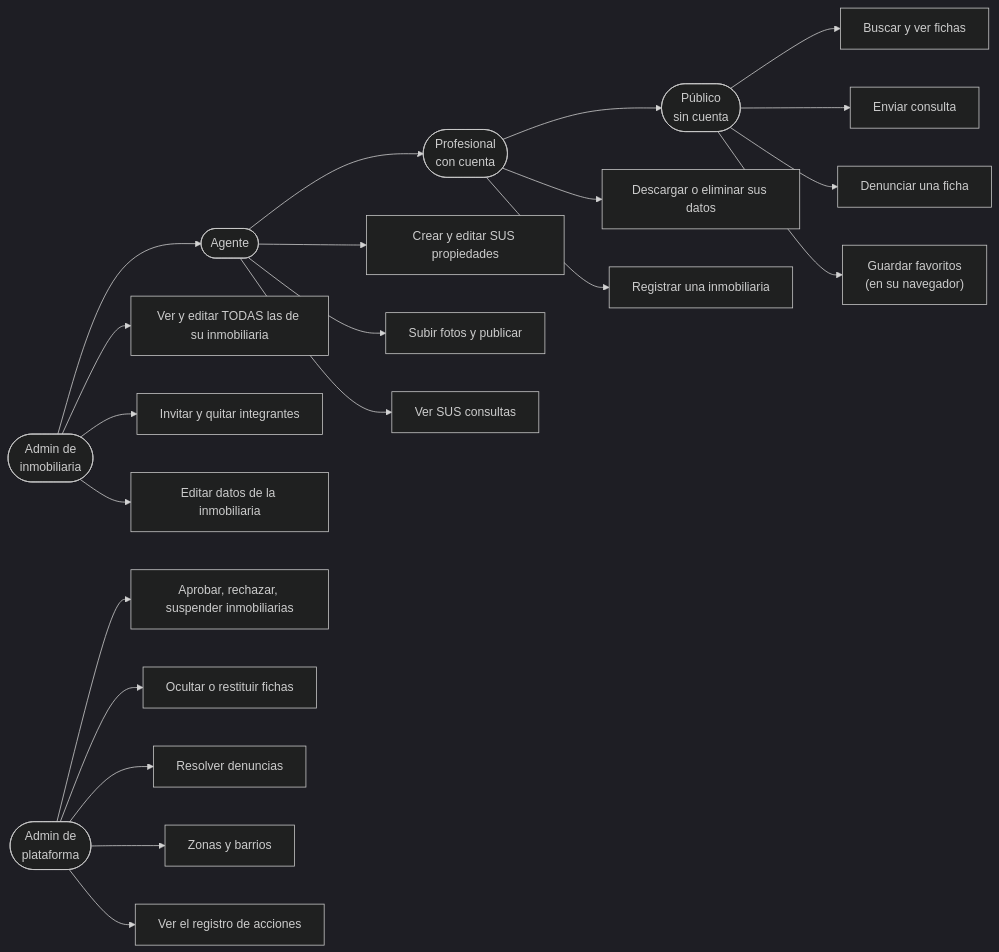
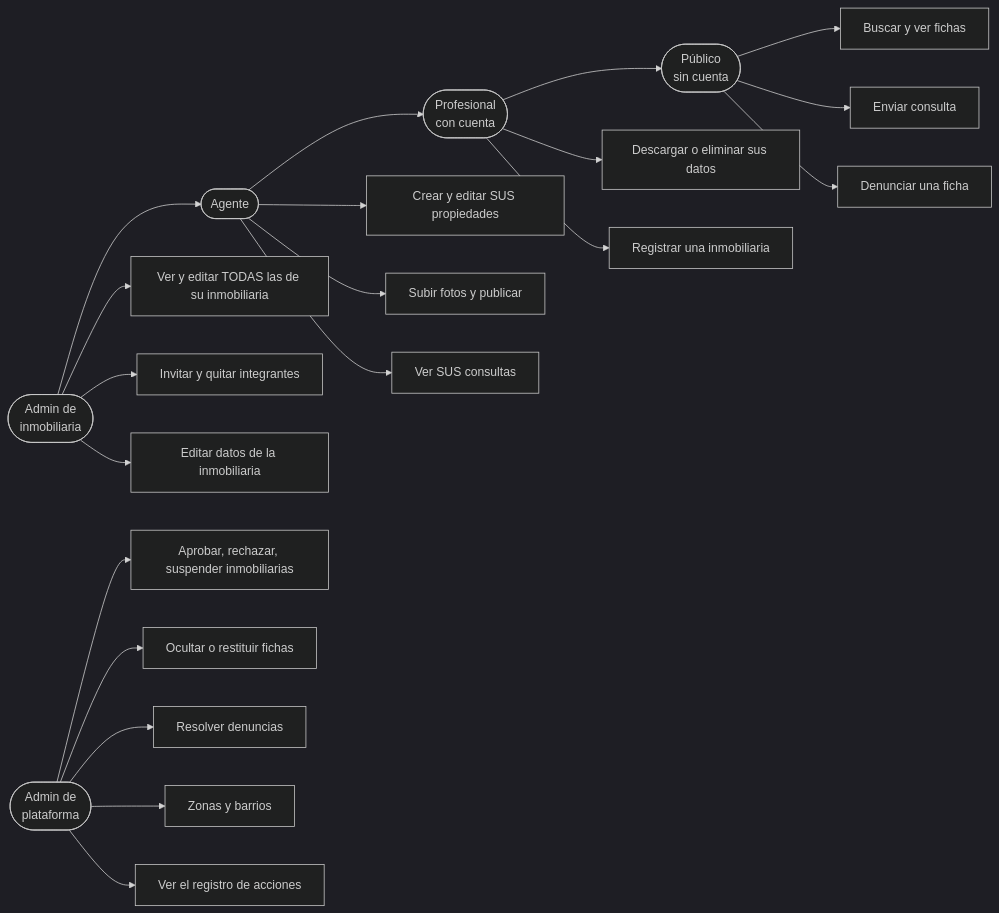
Before and after one commit to valeriadelrio/portal-inmobiliario: the third of 15 diagrams in docs/diagramas.md, drawn with Mermaid (dark theme). The commit also changed other lines of this file and 17 other files, not shown here.

````diff
--- a/docs/diagramas.md
+++ b/docs/diagramas.md
@@ -155,29 +155,28 @@
 ```mermaid
 flowchart LR
   V(["Público<br/>sin cuenta"])
   U(["Profesional<br/>con cuenta"])
   A(["Agente"])
   AA(["Admin de<br/>inmobiliaria"])
   P(["Admin de<br/>plataforma"])
 
   V --> v1["Buscar y ver fichas"]
   V --> v2["Enviar consulta"]
   V --> v3["Denunciar una ficha"]
-  V --> v4["Guardar favoritos<br/>(en su navegador)"]
   U --> V
   U --> u2["Descargar o eliminar sus datos"]
   U --> u3["Registrar una inmobiliaria"]
   A --> U
   A --> a1["Crear y editar SUS propiedades"]
   A --> a2["Subir fotos y publicar"]
   A --> a3["Ver SUS consultas"]
   AA --> A
   AA --> b1["Ver y editar TODAS las de su inmobiliaria"]
   AA --> b2["Invitar y quitar integrantes"]
   AA --> b3["Editar datos de la inmobiliaria"]
   P --> c1["Aprobar, rechazar, suspender inmobiliarias"]
   P --> c2["Ocultar o restituir fichas"]
   P --> c3["Resolver denuncias"]
   P --> c4["Zonas y barrios"]
   P --> c5["Ver el registro de acciones"]
 ```
````
